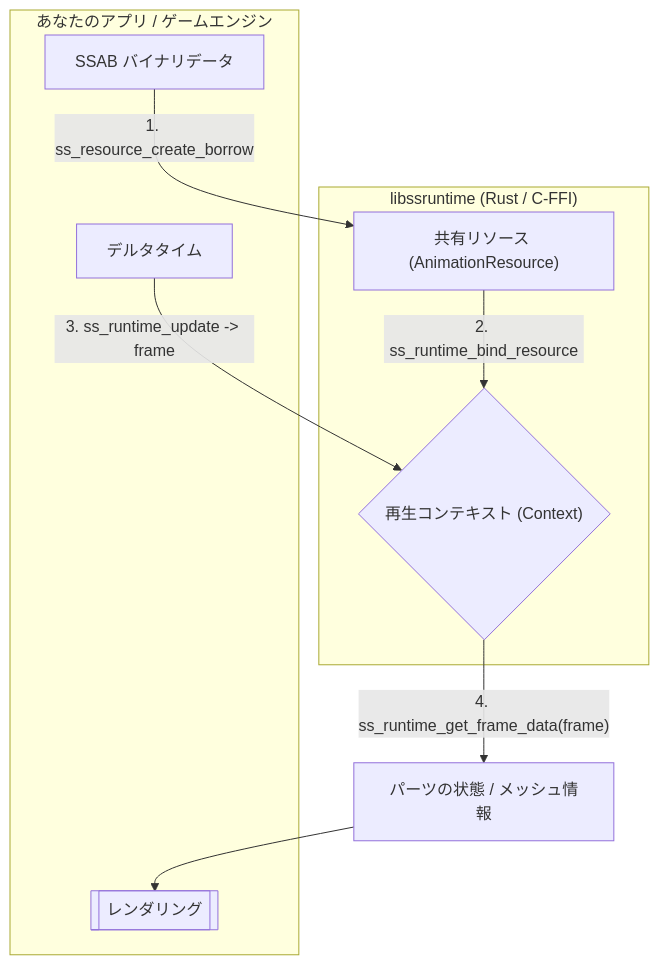
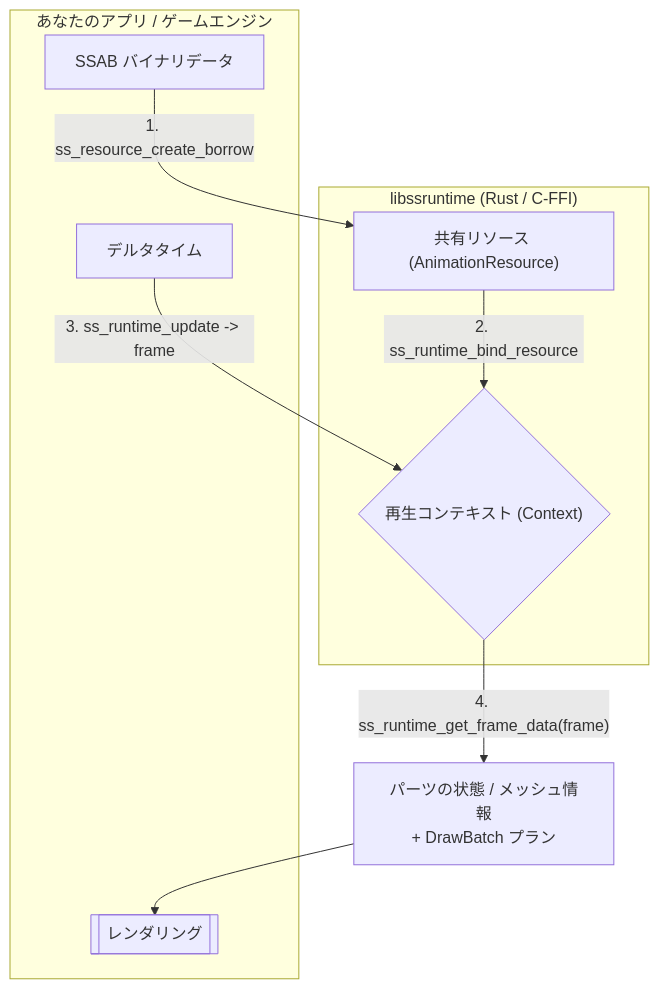
The diagram in libs/ssruntime/README.ja.md (cri-middleware/SpriteStudio-SDK), drawn with Mermaid before and after one commit. The commit also changed other lines of this file and 5 other files, not shown here.

````diff
--- a/libs/ssruntime/README.ja.md
+++ b/libs/ssruntime/README.ja.md
@@ -62,19 +60,19 @@
 ```mermaid
 graph TD
     subgraph App ["あなたのアプリ / ゲームエンジン"]
         RAW[" SSAB バイナリデータ "]
         DT[" デルタタイム "]
         DRAW[[" レンダリング "]]
     end
 
     subgraph SSRuntime ["libssruntime (Rust / C-FFI)"]
         RES[" 共有リソース (AnimationResource) "]
         CTX{" 再生コンテキスト (Context) "}
     end
 
     RAW -->|1. ss_resource_create_borrow| RES
     RES -->|2. ss_runtime_bind_resource| CTX
     DT -->|"3. ss_runtime_update -> frame"| CTX
-    CTX -->|"4. ss_runtime_get_frame_data(frame)"| STATE[" パーツの状態 / メッシュ情報 "]
+    CTX -->|"4. ss_runtime_get_frame_data(frame)"| STATE[" パーツの状態 / メッシュ情報<br/>+ DrawBatch プラン "]
     STATE --> DRAW
 ```
````
